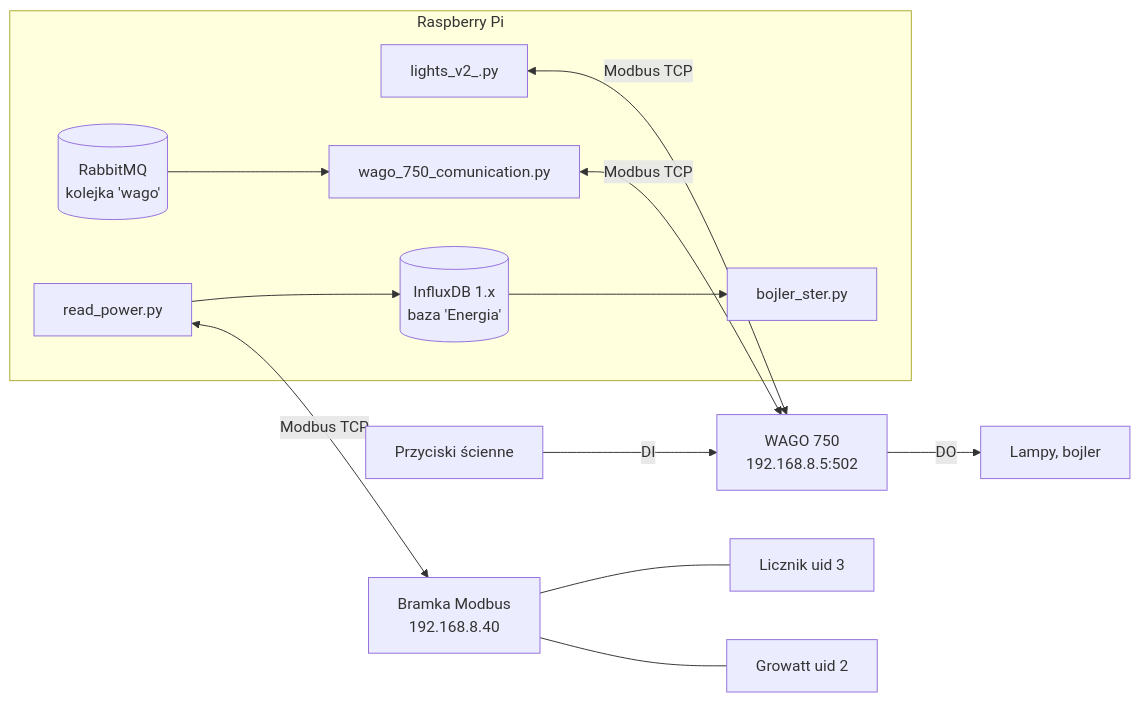
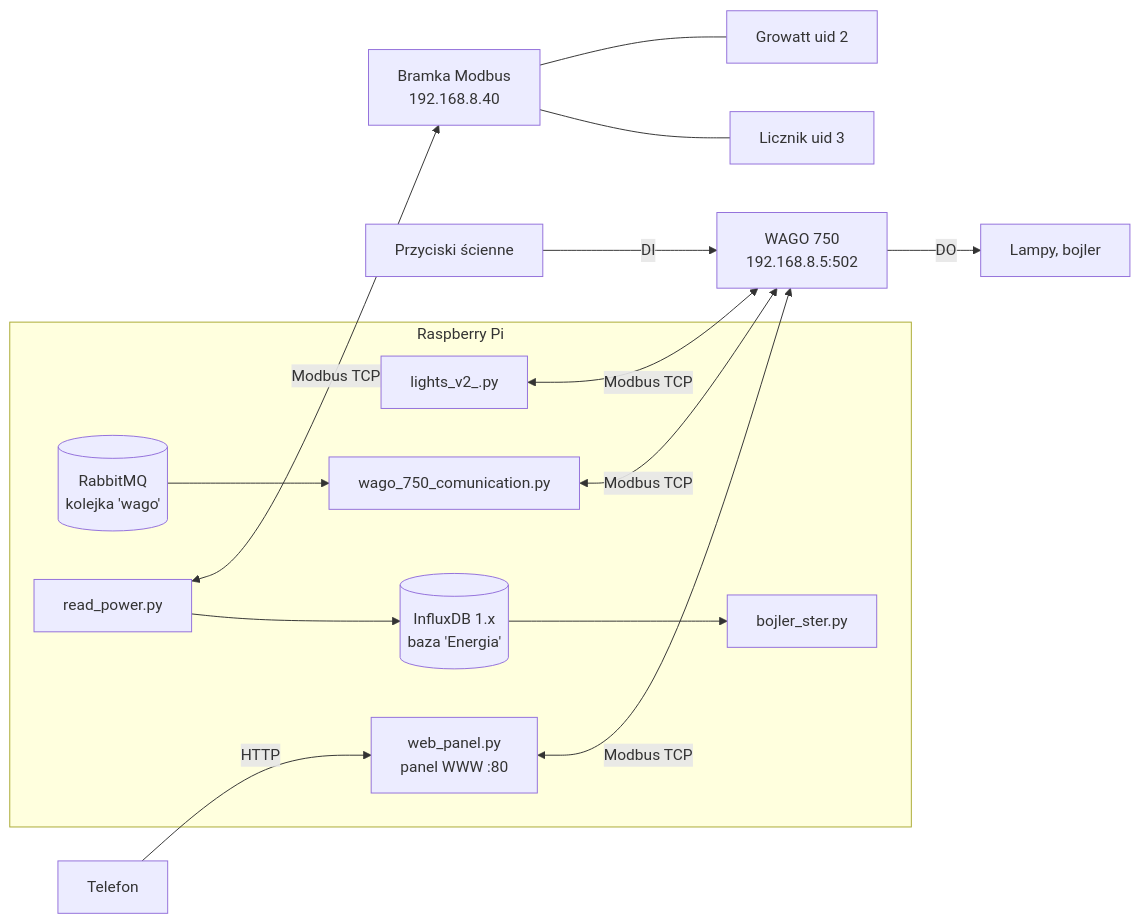
The diagram in README.md (PawelRadwan/dzarwisV2), drawn with Mermaid before and after one commit. The commit also changed other lines of this file and 5 other files, not shown here.

First line of the commit message:
Panel WWW: usługa systemd i dokumentacja

````diff
--- a/README.md
+++ b/README.md
@@ -5,21 +5,24 @@
 ```mermaid
 flowchart LR
     SW[Przyciski ścienne] -->|DI| WAGO[WAGO 750<br/>192.168.8.5:502]
     WAGO -->|DO| L[Lampy, bojler]
     subgraph RPi[Raspberry Pi]
         LIGHTS[lights_v2_.py]
+        WEB[web_panel.py<br/>panel WWW :80]
         COMM[wago_750_comunication.py]
         MQ[(RabbitMQ<br/>kolejka 'wago')]
         POWER[read_power.py]
         BOJ[bojler_ster.py]
         DB[(InfluxDB 1.x<br/>baza 'Energia')]
     end
     LIGHTS <-->|Modbus TCP| WAGO
+    TEL[Telefon] -->|HTTP| WEB
+    WEB <-->|Modbus TCP| WAGO
     COMM <-->|Modbus TCP| WAGO
     MQ --> COMM
     GW[Bramka Modbus<br/>192.168.8.40] --- GRO[Growatt uid 2]
     GW --- MET[Licznik uid 3]
     POWER <-->|Modbus TCP| GW
     POWER --> DB
     DB --> BOJ
 ```
````
